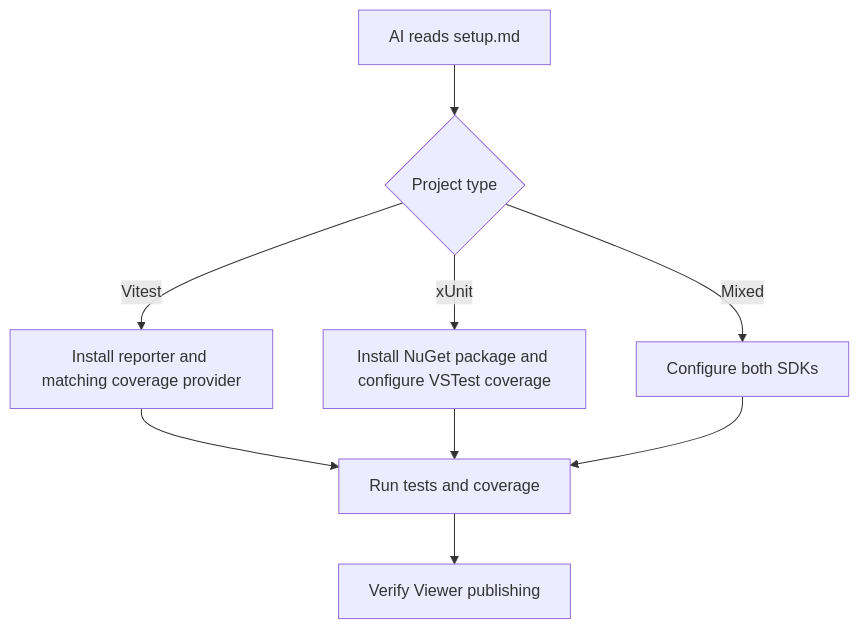
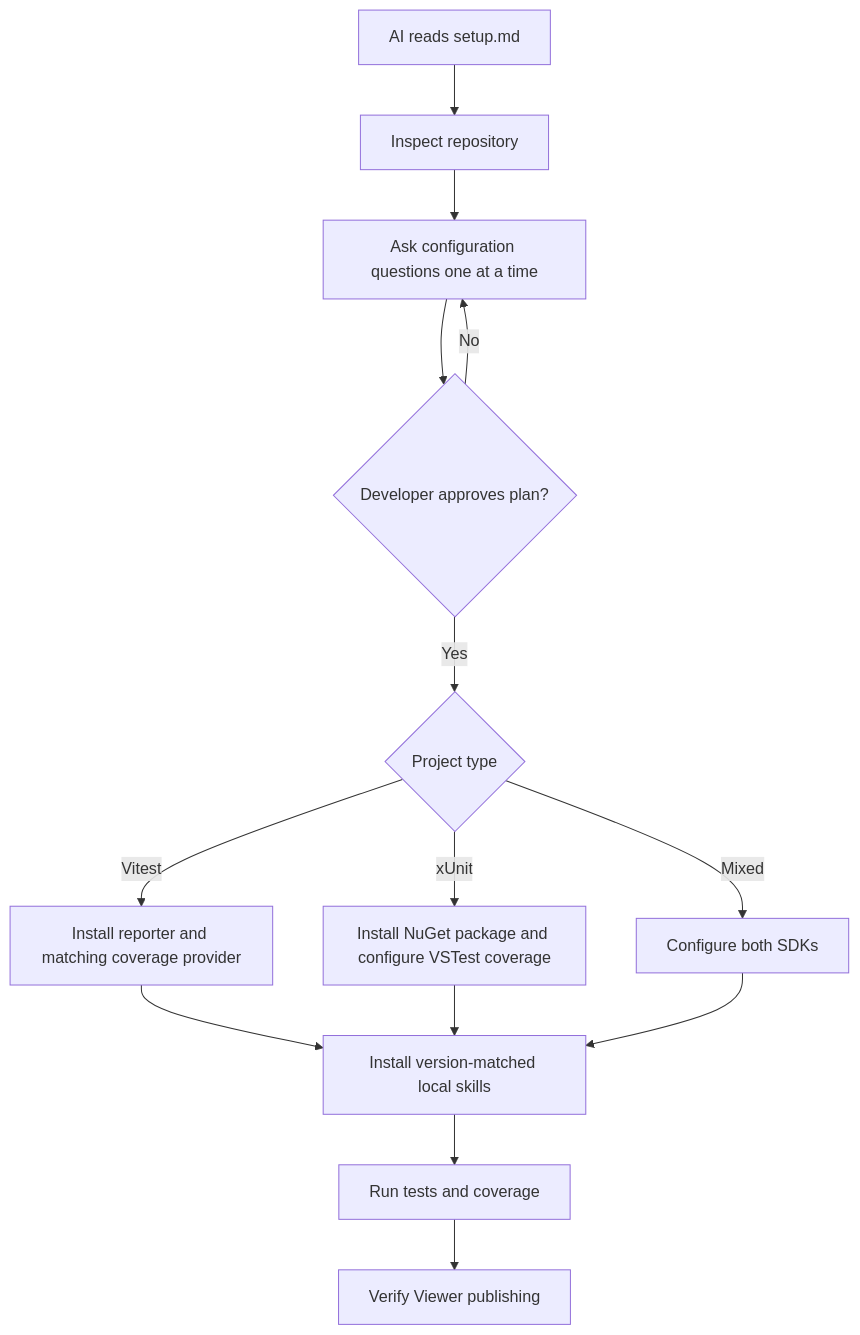
Before and after one commit to dotnetprofessional/LiveDoc: the first of 2 diagrams in docs/docs/guides/ai-project-setup.mdx, drawn with Mermaid. The commit also changed other lines of this file and 137 other files, not shown here.

````diff
--- a/docs/docs/guides/ai-project-setup.mdx
+++ b/docs/docs/guides/ai-project-setup.mdx
@@ -30,11 +31,16 @@
 ```mermaid
 flowchart TD
-    URL[AI reads setup.md] --> DETECT{Project type}
+    URL[AI reads setup.md] --> INSPECT[Inspect repository]
+    INSPECT --> ASK[Ask configuration questions one at a time]
+    ASK --> APPROVE{Developer approves plan?}
+    APPROVE -->|No| ASK
+    APPROVE -->|Yes| DETECT{Project type}
     DETECT -->|Vitest| V[Install reporter and matching coverage provider]
     DETECT -->|xUnit| X[Install NuGet package and configure VSTest coverage]
     DETECT -->|Mixed| BOTH[Configure both SDKs]
-    V --> VERIFY[Run tests and coverage]
-    X --> VERIFY
-    BOTH --> VERIFY
+    V --> SKILLS[Install version-matched local skills]
+    X --> SKILLS
+    BOTH --> SKILLS
+    SKILLS --> VERIFY[Run tests and coverage]
     VERIFY --> VIEWER[Verify Viewer publishing]
 ```
````
